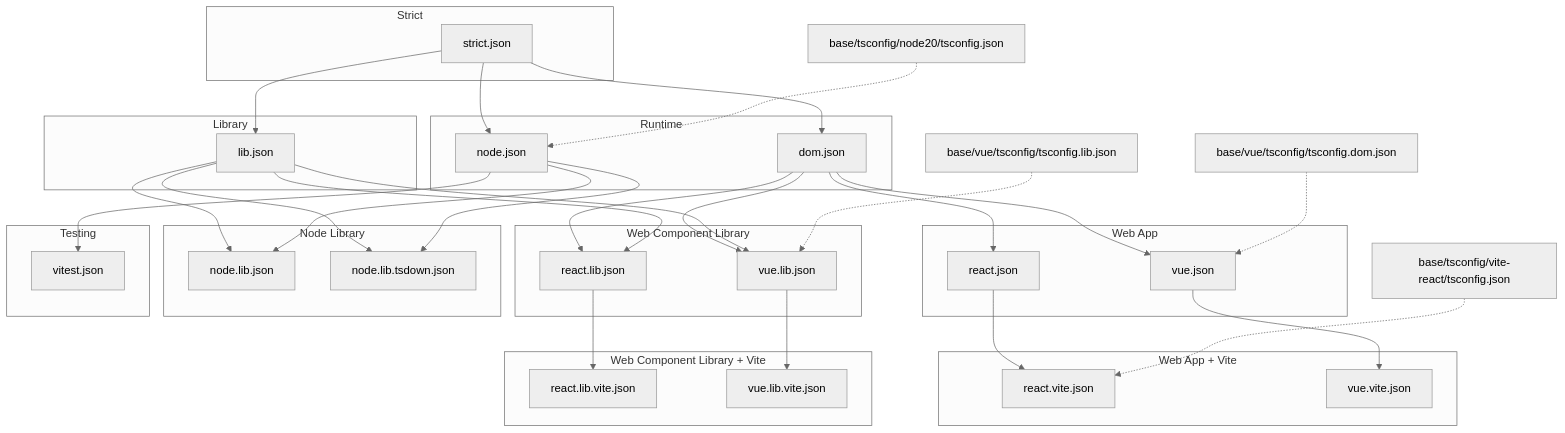
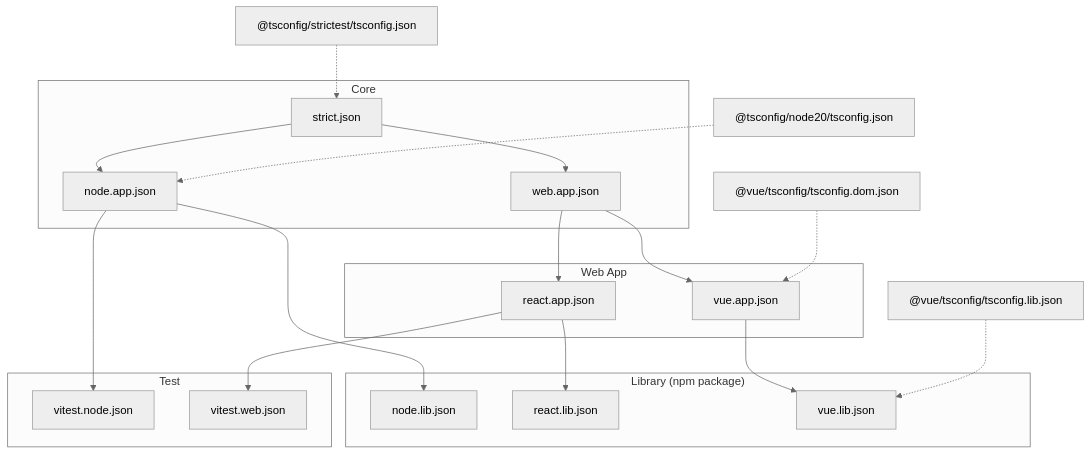
The diagram in packages/tsconfig/DEPENDENCY_GRAPH.md (tofrankie/config), drawn with Mermaid (neutral theme) before and after one commit. The commit also changed other lines of this file and 92 other files, not shown here.

Commit message:
feat: redesign tsconfig package

````diff
--- a/packages/tsconfig/DEPENDENCY_GRAPH.md
+++ b/packages/tsconfig/DEPENDENCY_GRAPH.md
@@ -5,72 +5,39 @@
 ```mermaid
 flowchart TB
-  subgraph strictEntry [Strict]
+  subgraph core [Core]
     strict[strict.json]
+    webApp[web.app.json]
+    nodeApp[node.app.json]
   end
 
-  subgraph runtime [Runtime]
-    node[node.json]
-    dom[dom.json]
+  subgraph app [Web App]
+    reactApp[react.app.json]
+    vueApp[vue.app.json]
   end
 
-  subgraph libShape [Library]
-    lib[lib.json]
-  end
-
-  subgraph webApp [Web App]
-    reactApp[react.json]
-    vueApp[vue.json]
-  end
-
-  subgraph webAppVite [Web App + Vite]
-    reactVite[react.vite.json]
-    vueVite[vue.vite.json]
-  end
-
-  subgraph webLib [Web Component Library]
+  subgraph lib ["Library (npm package)"]
+    nodeLib[node.lib.json]
     reactLib[react.lib.json]
     vueLib[vue.lib.json]
   end
 
-  subgraph webLibVite [Web Component Library + Vite]
-    reactLibVite[react.lib.vite.json]
-    vueLibVite[vue.lib.vite.json]
+  subgraph test [Test]
+    vitestNode[vitest.node.json]
+    vitestWeb[vitest.web.json]
   end
 
-  subgraph nodePkg [Node Library]
-    nodeLib[node.lib.json]
-    nodeLibTsdown[node.lib.tsdown.json]
-  end
+  strict --> webApp
+  strict --> nodeApp
+  webApp --> reactApp
+  webApp --> vueApp
+  nodeApp --> nodeLib
+  reactApp --> reactLib
+  vueApp --> vueLib
+  nodeApp --> vitestNode
+  reactApp --> vitestWeb
 
-  subgraph testing [Testing]
-    vitest[vitest.json]
-  end
-
-  strict --> dom
-  strict --> lib
-  strict --> node
-
-  dom --> reactApp
-  dom --> vueApp
-  dom --> reactLib
-  dom --> vueLib
-  lib --> reactLib
-  lib --> vueLib
-  lib --> nodeLib
-  node --> nodeLib
-  lib --> nodeLibTsdown
-  node --> nodeLibTsdown
-
-  reactApp --> reactVite
-  vueApp --> vueVite
-
-  reactLib --> reactLibVite
-  vueLib --> vueLibVite
-
-  node --> vitest
-
-  node20["base/tsconfig/node20/tsconfig.json"] -.-> node
-  viteReact["base/tsconfig/vite-react/tsconfig.json"] -.-> reactVite
-  vueDom["base/vue/tsconfig/tsconfig.dom.json"] -.-> vueApp
-  vueLibSnap["base/vue/tsconfig/tsconfig.lib.json"] -.-> vueLib
+  strictest["@tsconfig/strictest/tsconfig.json"] -.-> strict
+  node20["@tsconfig/node20/tsconfig.json"] -.-> nodeApp
+  vueDom["@vue/tsconfig/tsconfig.dom.json"] -.-> vueApp
+  vueLibBase["@vue/tsconfig/tsconfig.lib.json"] -.-> vueLib
 ```
````
